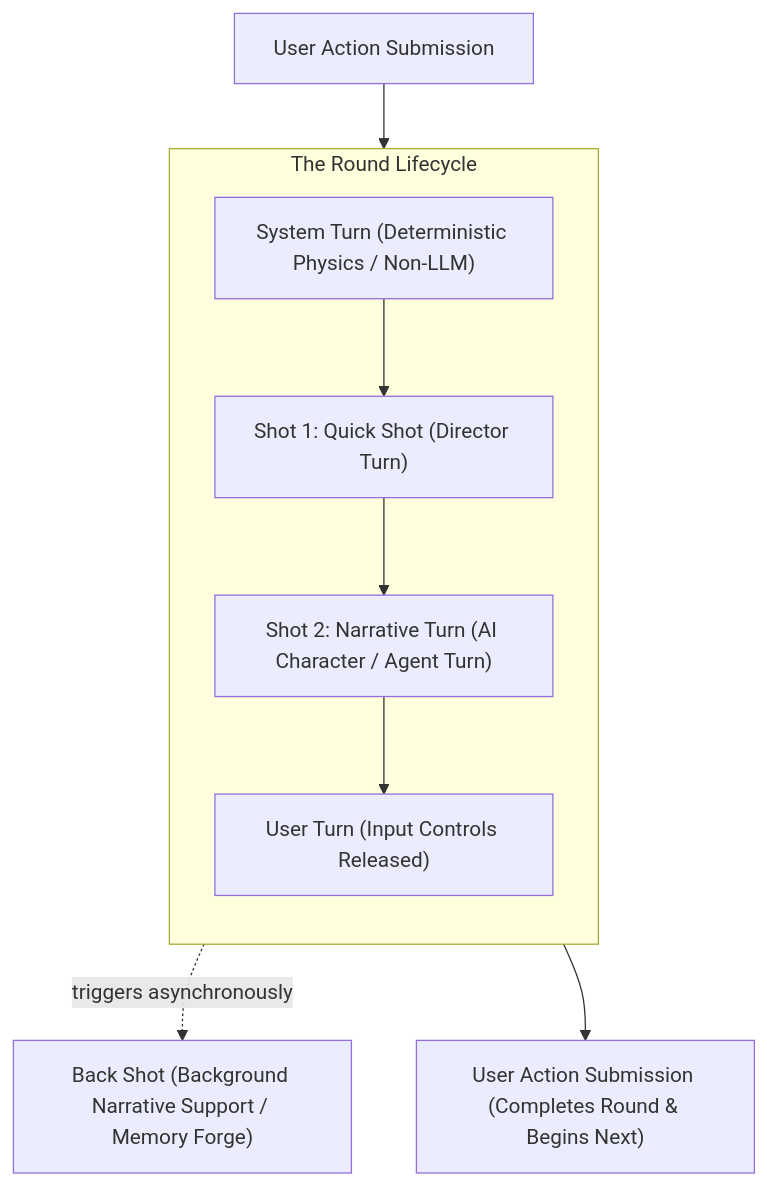
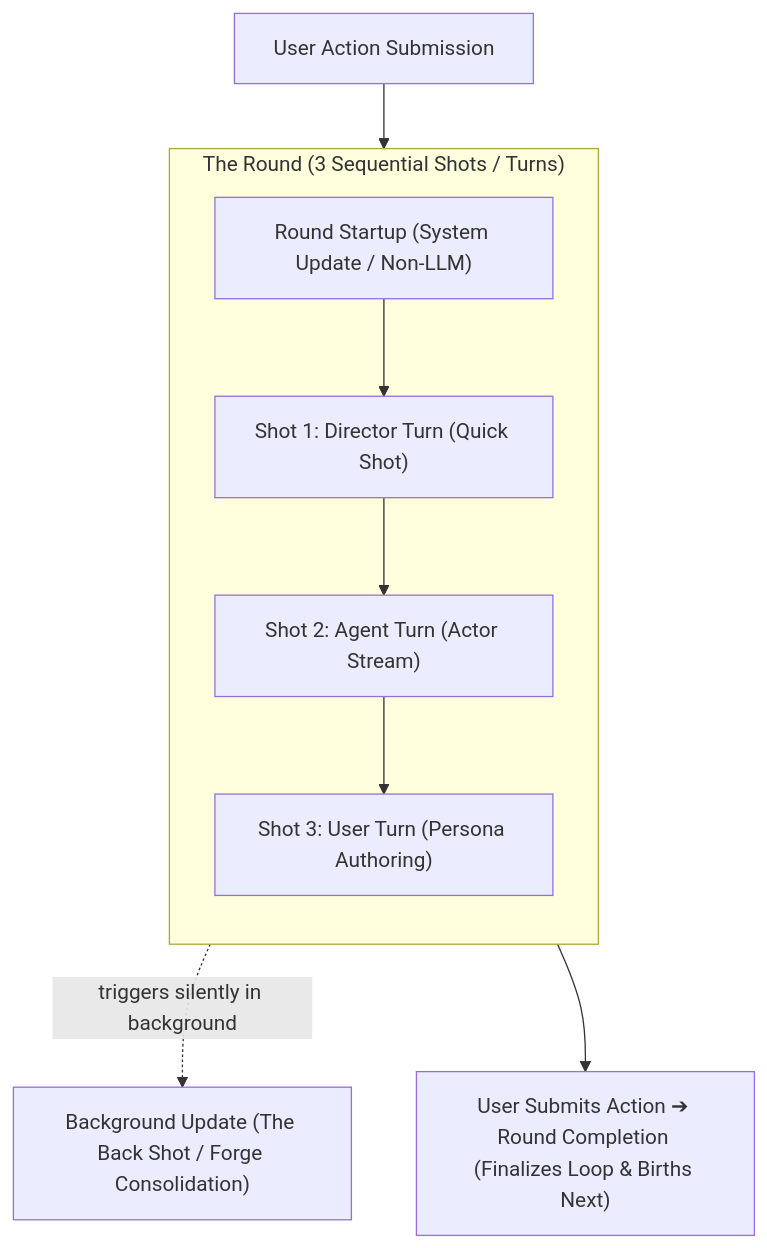
Before and after one commit to JooduG/RPGlitch: the second of 3 diagrams in ARCHITECTURE.md, drawn with Mermaid. The commit also changed other lines of this file and 2 other files, not shown here.

Commit message:
docs: harmonize simulation lifecycle to 3-shot sequence (turns) and mechanical updates

````diff
--- a/ARCHITECTURE.md
+++ b/ARCHITECTURE.md
@@ -72,12 +72,12 @@
 ```mermaid
 flowchart TD
-    UserAction["User Action Submission"] --> SystemTurn["System Turn (Deterministic Physics / Non-LLM)"]
-    subgraph RoundLoop ["The Round Lifecycle"]
+    UserAction["User Action Submission"] --> RoundStartup["Round Startup (System Update / Non-LLM)"]
+    subgraph RoundLoop ["The Round (3 Sequential Shots / Turns)"]
         direction TB
-        SystemTurn --> Shot1["Shot 1: Quick Shot (Director Turn)"]
-        Shot1 --> Shot2["Shot 2: Narrative Turn (AI Character / Agent Turn)"]
-        Shot2 --> UserTurn["User Turn (Input Controls Released)"]
+        RoundStartup --> Shot1["Shot 1: Director Turn (Quick Shot)"]
+        Shot1 --> Shot2["Shot 2: Agent Turn (Actor Stream)"]
+        Shot2 --> Shot3["Shot 3: User Turn (Persona Authoring)"]
     end
-    Shot2 -. triggers asynchronously .-> BackShot["Back Shot (Background Narrative Support / Memory Forge)"]
-    UserTurn --> NextAction["User Action Submission (Completes Round & Begins Next)"]
+    Shot2 -. triggers silently in background .-> BackShot["Background Update (The Back Shot / Forge Consolidation)"]
+    Shot3 --> RoundEnd["User Submits Action ➔ Round Completion (Finalizes Loop & Births Next)"]
 ```
````
